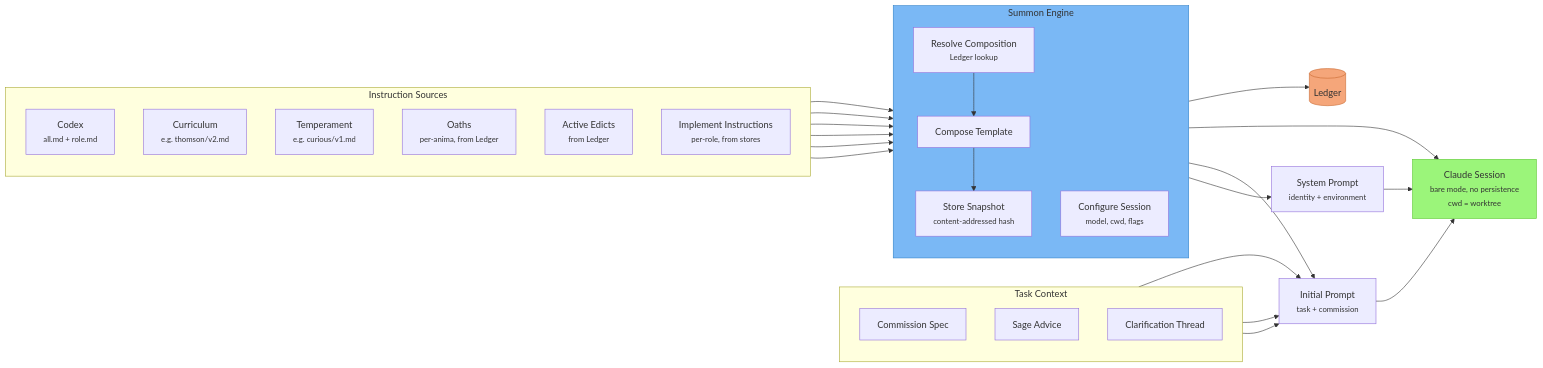
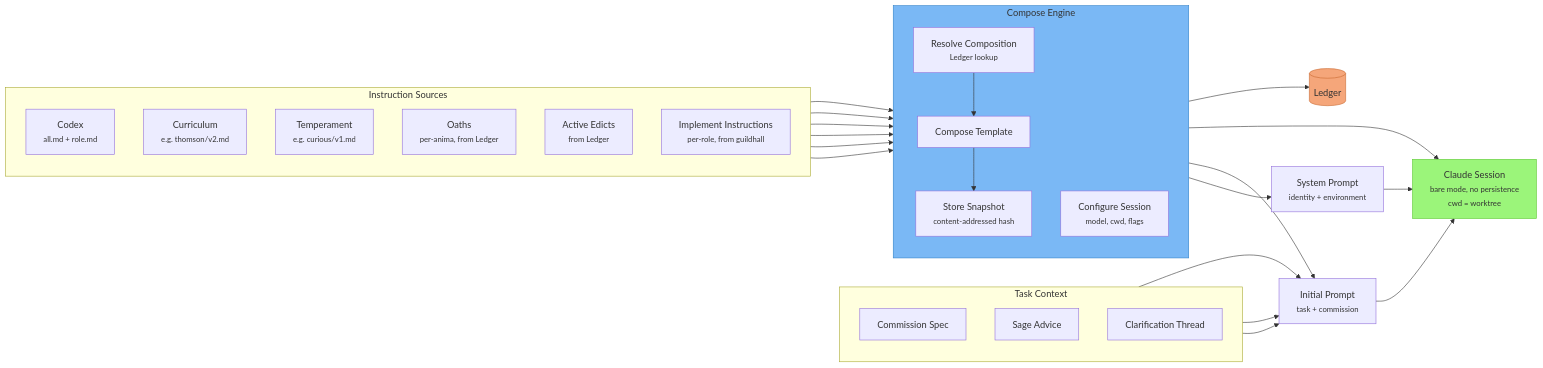
The second of 3 diagrams in .scratch/guild-architecture-diagrams.md (shardworks/nexus-mk2), drawn with Mermaid before and after one commit. The commit also changed other lines of this file and 6 other files, not shown here.

First line of the commit message:
refine vocabulary: promote terms to metaphor, remove stores, rename summon→compose

````diff
--- a/.scratch/guild-architecture-diagrams.md
+++ b/.scratch/guild-architecture-diagrams.md
@@ -80,56 +79,56 @@
 ```mermaid
 graph LR
     subgraph sources[Instruction Sources]
         direction TB
         codex[Codex<br/><small>all.md + role.md</small>]
         curriculum[Curriculum<br/><small>e.g. thomson/v2.md</small>]
         temperament[Temperament<br/><small>e.g. curious/v1.md</small>]
         oaths[Oaths<br/><small>per-anima, from Ledger</small>]
         edicts[Active Edicts<br/><small>from Ledger</small>]
-        impl_inst[Implement Instructions<br/><small>per-role, from stores</small>]
+        impl_inst[Implement Instructions<br/><small>per-role, from guildhall</small>]
     end
 
     subgraph task[Task Context]
         direction TB
         spec[Commission Spec]
         sage_advice[Sage Advice]
         clarifications[Clarification Thread]
     end
 
-    subgraph summon[Summon Engine]
+    subgraph compose[Compose Engine]
         direction TB
         resolve[Resolve Composition<br/><small>Ledger lookup</small>]
         template[Compose Template]
         configure[Configure Session<br/><small>model, cwd, flags</small>]
         snapshot[Store Snapshot<br/><small>content-addressed hash</small>]
     end
 
     codex --> template
     curriculum --> template
     temperament --> template
     oaths --> template
     edicts --> template
     impl_inst --> template
 
     resolve --> template
     template --> system_prompt[System Prompt<br/><small>identity + environment</small>]
     template --> initial_prompt[Initial Prompt<br/><small>task + commission</small>]
 
     spec --> initial_prompt
     sage_advice --> initial_prompt
     clarifications --> initial_prompt
 
     system_prompt --> session
     initial_prompt --> session
     configure --> session
 
     session[Claude Session<br/><small>bare mode, no persistence<br/>cwd = worktree</small>]
 
     snapshot --> ledger[(Ledger)]
 
     template --> snapshot
 
-    style summon fill:#7ab8f5,stroke:#3080c9
+    style compose fill:#7ab8f5,stroke:#3080c9
     style session fill:#9bf57a,stroke:#5cc930
     style ledger fill:#f5a67a,stroke:#c96830
 ```
````
